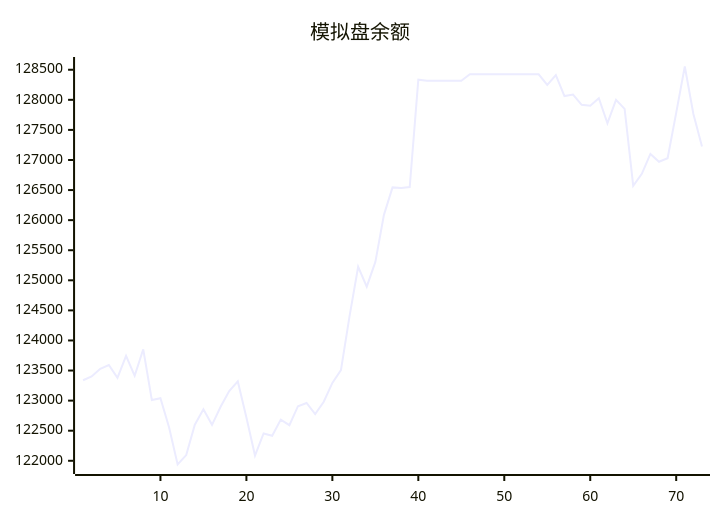
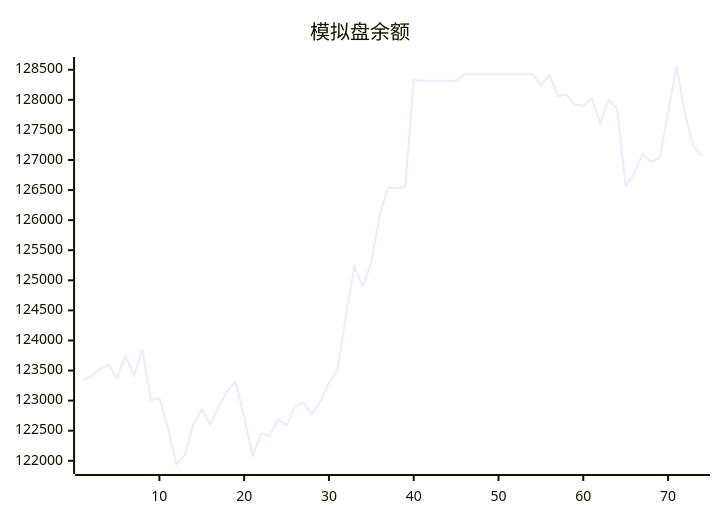
The diagram in trading/README.md (aahl/mcp-aktools), drawn with Mermaid before and after one commit. The commit also changed other lines of this file and 1 other file, not shown here.

````diff
--- a/trading/README.md
+++ b/trading/README.md
@@ -3,5 +3,5 @@
 ```mermaid
 xychart
     title "模拟盘余额"
-    line [123338,123402,123530,123592,123378,123745,123413,123853,123009,123040,122557,121938,122095,122599,122856,122597,122898,123160,123319,122719,122087,122454,122416,122685,122592,122907,122961,122776,122981,123295,123507,124403,125224,124894,125303,126088,126544,126534,126549,128335,128318,128318,128318,128318,128318,128424,128424,128424,128424,128424,128424,128424,128424,128424,128247,128412,128062,128087,127917,127901,128026,127611,128000,127850,126572,126770,127100,126971,127029,127783,128554,127765,127224]
+    line [123338,123402,123530,123592,123378,123745,123413,123853,123009,123040,122557,121938,122095,122599,122856,122597,122898,123160,123319,122719,122087,122454,122416,122685,122592,122907,122961,122776,122981,123295,123507,124403,125224,124894,125303,126088,126544,126534,126549,128335,128318,128318,128318,128318,128318,128424,128424,128424,128424,128424,128424,128424,128424,128424,128247,128412,128062,128087,127917,127901,128026,127611,128000,127850,126572,126770,127100,126971,127029,127783,128554,127765,127224,127064]
 ```
````
